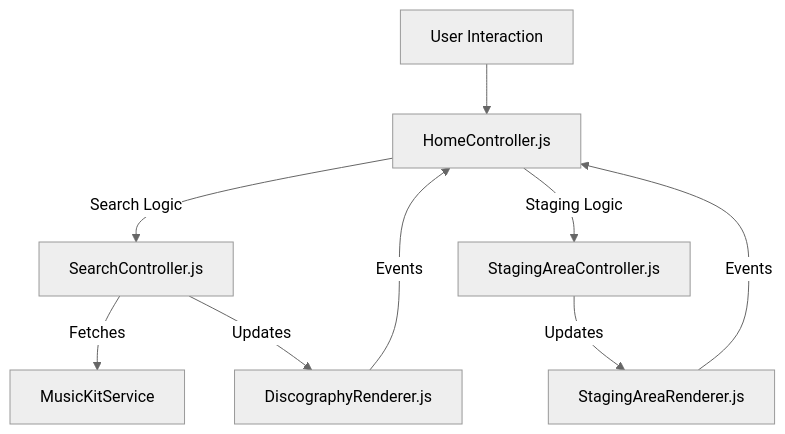
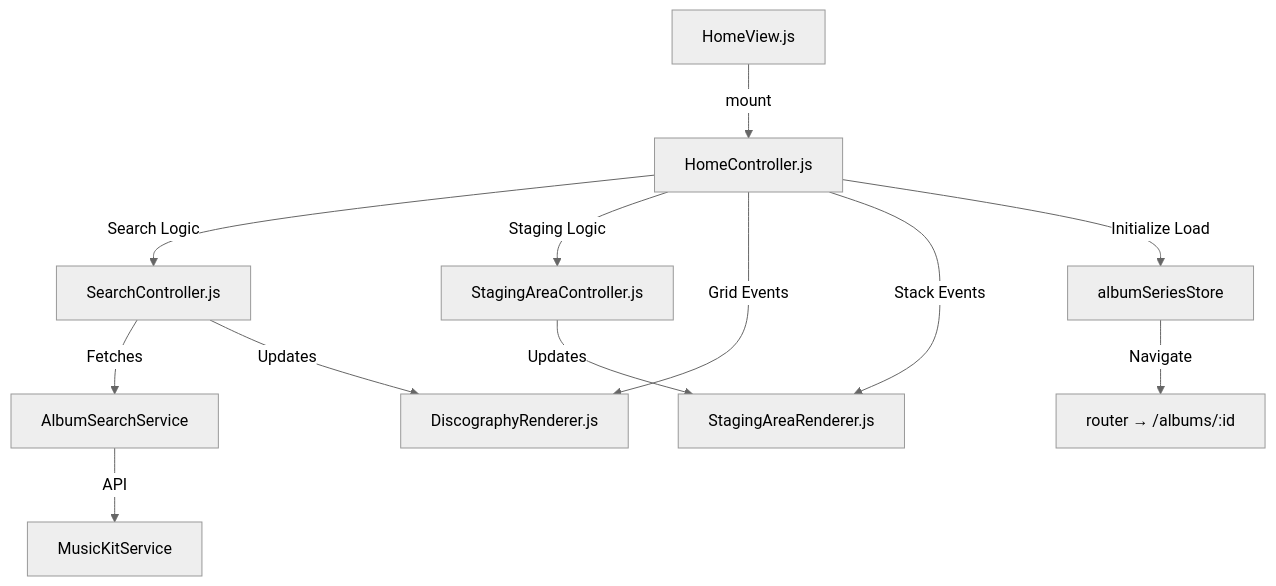
One commit to maujrp99/MJRP_AlbumsBalancedPlaylists_v0 changed the diagram in docs/technical/specs/sprint14-home-refactor/arch-11-home-v3-spec.md. Above: the diagram before and after it, drawn with Mermaid (neutral theme). The commit also changed other lines of this file and 3 other files, not shown here.

````diff
--- a/docs/technical/specs/sprint14-home-refactor/arch-11-home-v3-spec.md
+++ b/docs/technical/specs/sprint14-home-refactor/arch-11-home-v3-spec.md
@@ -9,14 +15,18 @@
 ```mermaid
 graph TD
-    User[User Interaction] --> HC[HomeController.js]
-    HC --> |Search Logic| SC[SearchController.js]
-    HC --> |Staging Logic| SAC[StagingAreaController.js]
+    HV[HomeView.js] -->|mount| HC[HomeController.js]
     
-    SC --> |Fetches| MS[MusicKitService]
-    SC --> |Updates| DR[DiscographyRenderer.js]
+    HC -->|Search Logic| SC[SearchController.js]
+    HC -->|Staging Logic| SAC[StagingAreaController.js]
+    HC -->|Grid Events| DR[DiscographyRenderer.js]
+    HC -->|Stack Events| SAR[StagingAreaRenderer.js]
     
-    SAC --> |Updates| SAR[StagingAreaRenderer.js]
+    SC -->|Fetches| ASS[AlbumSearchService]
+    ASS -->|API| MKS[MusicKitService]
     
-    DR --> |Events| HC
-    SAR --> |Events| HC
+    SC -->|Updates| DR
+    SAC -->|Updates| SAR
+    
+    HC -->|Initialize Load| Store[albumSeriesStore]
+    Store -->|Navigate| Router[router → /albums/:id]
 ```
````
